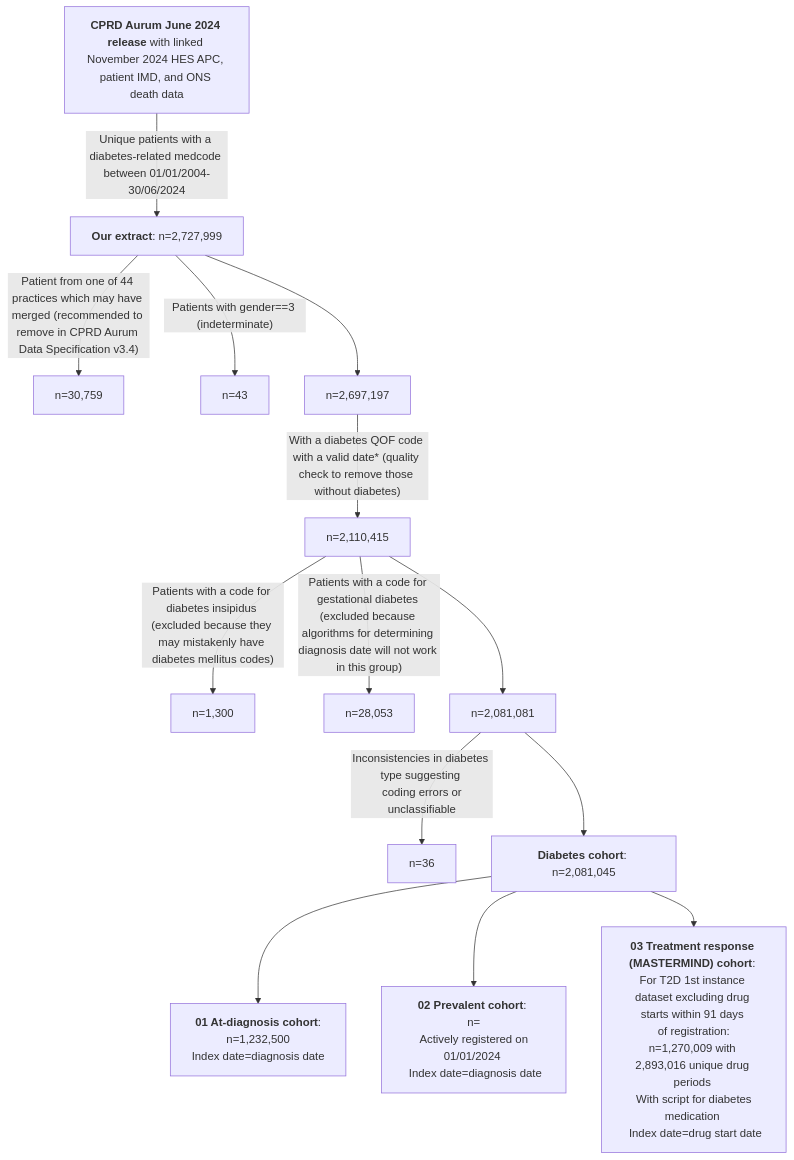
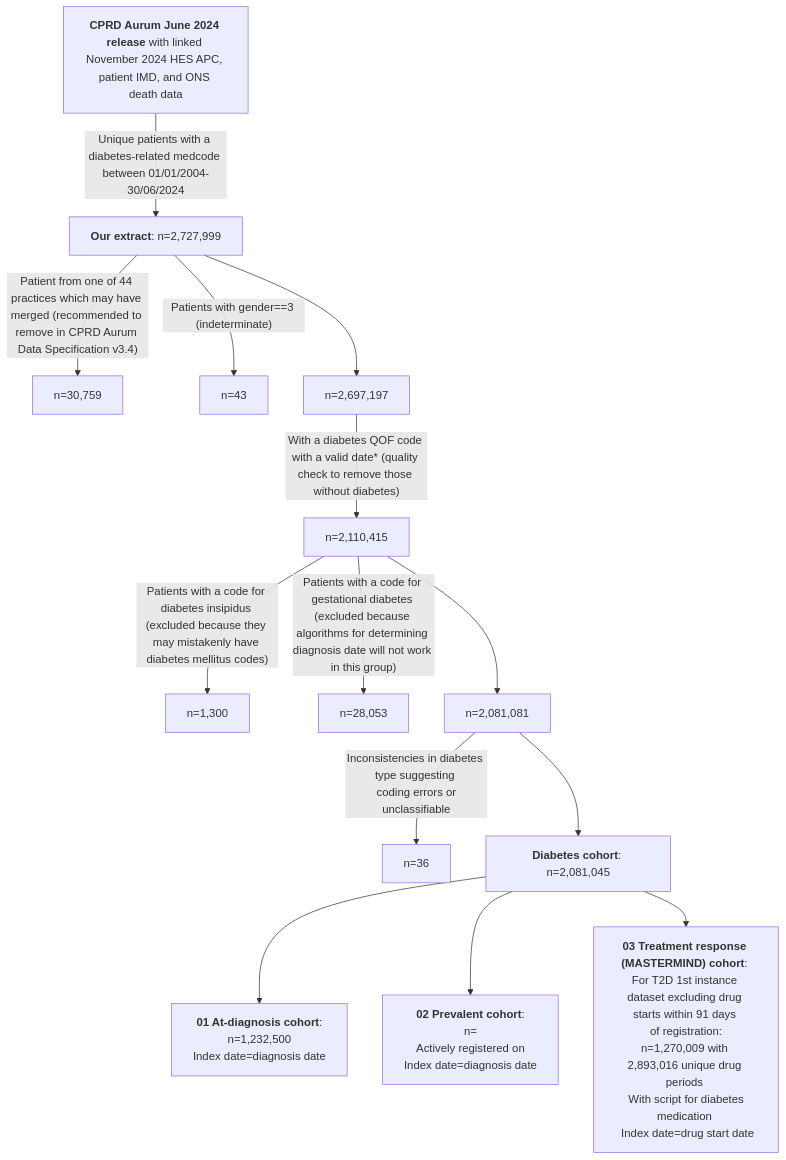
The first of 2 diagrams in README.md (Exeter-Diabetes/CPRD-Cohort-scripts), drawn with Mermaid before and after one commit. The commit also changed other lines of this file, not shown here.

````diff
--- a/README.md
+++ b/README.md
@@ -12,16 +12,16 @@
 ```mermaid
 graph TD;
     A["<b>CPRD Aurum June 2024 release</b> with linked November 2024 HES APC, patient IMD, and ONS death data"] --> |"Unique patients with a diabetes-related medcode between 01/01/2004-30/06/2024"| B["<b>Our extract</b>: n=2,727,999"]
     B -->|"Patient from one of 44 practices which may have merged (recommended to remove in CPRD Aurum Data Specification v3.4)"|C["n=30,759"]
     B -->|"Patients with gender==3 (indeterminate)"|D["n=43"]
     B --> E["n=2,697,197"]
     E -->|"With a diabetes QOF code with a valid date* (quality check to remove those without diabetes)"|F["n=2,110,415"]
     F -->|"Patients with a code for diabetes insipidus (excluded because they may mistakenly have diabetes mellitus codes)"|G["n=1,300"]
     F -->|"Patients with a code for gestational diabetes (excluded because algorithms for determining diagnosis date will not work in this group)"|H["n=28,053"]
     F --> I["n=2,081,081"]
     I --> |"Inconsistencies in diabetes type suggesting <br> coding errors or unclassifiable"|J["n=36"]
     I --> K["<b>Diabetes cohort</b>: n=2,081,045"]
     K --> L["<b>01 At-diagnosis cohort</b>: <br> n=1,232,500 <br> Index date=diagnosis date"]
-    K --> M["<b>02 Prevalent cohort</b>: <br> n= <br> Actively registered on 01/01/2024 <br> Index date=diagnosis date"]
+    K --> M["<b>02 Prevalent cohort</b>: <br> n= <br> Actively registered on  <br> Index date=diagnosis date"]
     K --> N["<b>03 Treatment response (MASTERMIND) cohort</b>: For T2D 1st instance dataset excluding drug starts within 91 days <br> of registration: n=1,270,009 with 2,893,016 unique drug periods <br> With script for diabetes medication <br> Index date=drug start date"]
 ```
````
